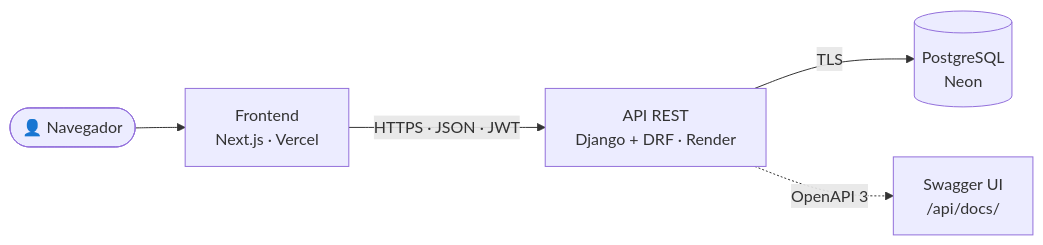
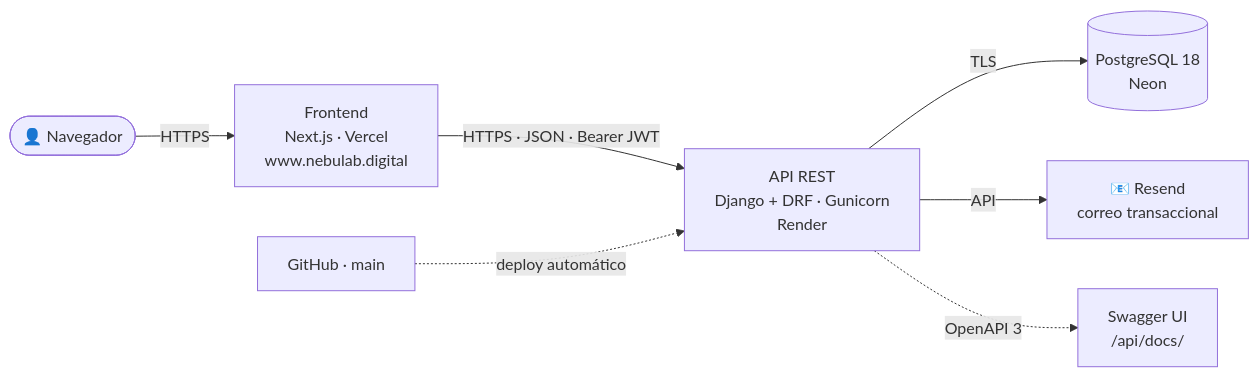
Before and after one commit to Tomaxus/NebuBack: the first of 6 diagrams in README.md, drawn with Mermaid. The commit also changed other lines of this file, not shown here.

````diff
--- a/README.md
+++ b/README.md
@@ -123,7 +189,9 @@
 ```mermaid
 flowchart LR
-    U(["👤 Navegador"]) --> F["Frontend<br/>Next.js · Vercel"]
-    F -- "HTTPS · JSON · JWT" --> A["API REST<br/>Django + DRF · Render"]
-    A -- "TLS" --> D[("PostgreSQL<br/>Neon")]
+    U(["👤 Navegador"]) -- "HTTPS" --> F["Frontend<br/>Next.js · Vercel<br/>www.nebulab.digital"]
+    F -- "HTTPS · JSON · Bearer JWT" --> A["API REST<br/>Django + DRF · Gunicorn<br/>Render"]
+    A -- "TLS" --> D[("PostgreSQL 18<br/>Neon")]
+    A -- "API" --> R["📧 Resend<br/>correo transaccional"]
     A -. "OpenAPI 3" .-> S["Swagger UI<br/>/api/docs/"]
+    G["GitHub · main"] -. "deploy automático" .-> A
 ```
````
